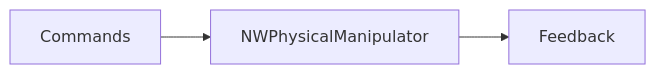
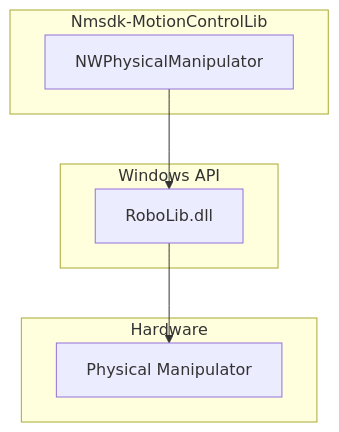
The tenth of 10 diagrams in Docs/Components/NWPhysicalManipulator.md (aicommunity/Nmsdk-MotionControlLib), drawn with Mermaid before and after one commit. The commit also changed other lines of this file and 41 other files, not shown here.

````diff
--- a/Docs/Components/NWPhysicalManipulator.md
+++ b/Docs/Components/NWPhysicalManipulator.md
@@ -73,5 +653,17 @@
 ```mermaid
-flowchart LR
-    cmd[Commands] --> dev[NWPhysicalManipulator]
-    dev --> fb[Feedback]
+graph TB
+    subgraph "Nmsdk-MotionControlLib"
+        NWPhysical[NWPhysicalManipulator]
+    end
+    
+    subgraph "Windows API"
+        DLL[RoboLib.dll]
+    end
+    
+    subgraph "Hardware"
+        Device[Physical Manipulator]
+    end
+    
+    NWPhysical --> DLL
+    DLL --> Device
 ```
````
